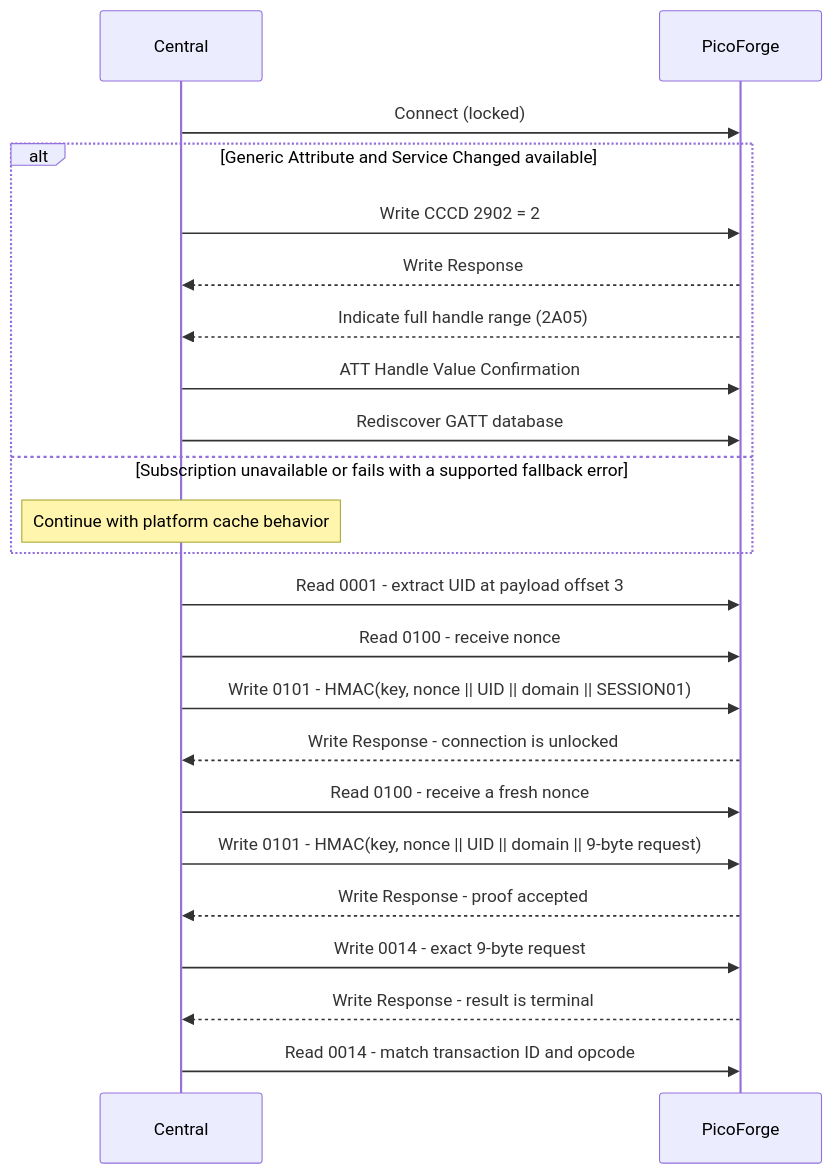
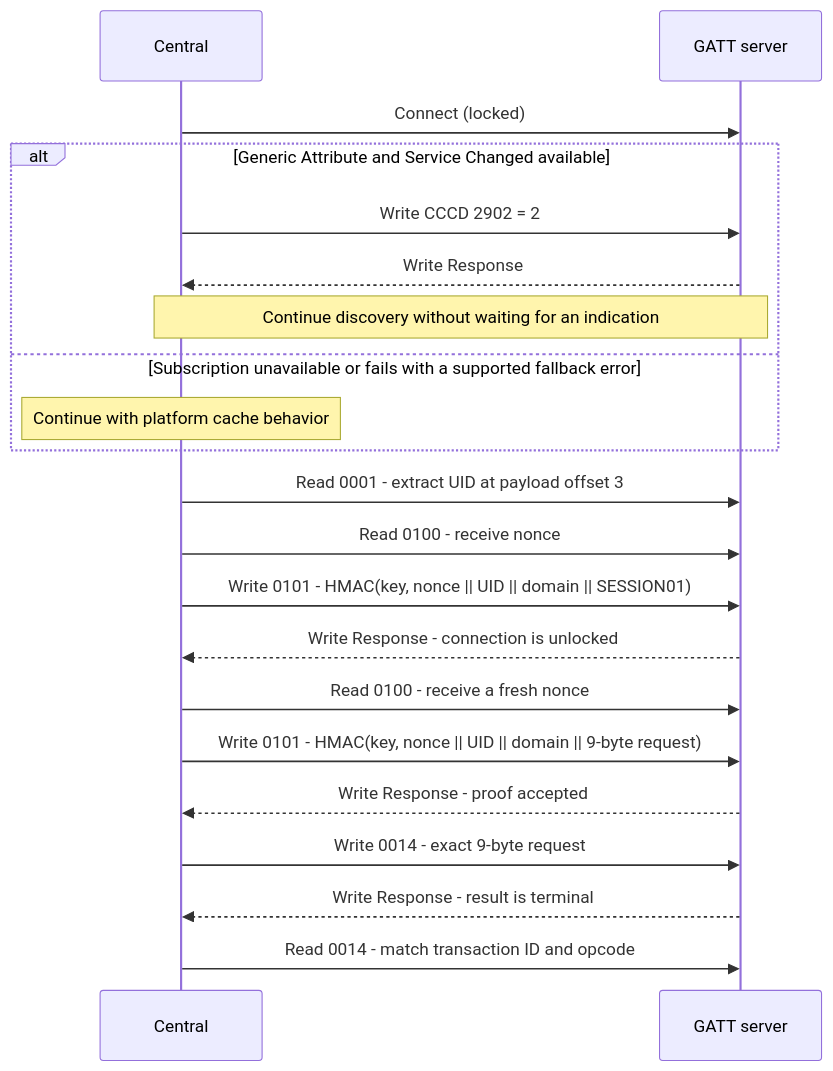
Before and after one commit to djwinter29-oss/ESPForge: the diagram in docs/reference/bluetooth.md, drawn with Mermaid. The commit also changed other lines of this file and 78 other files, not shown here.

````diff
--- a/docs/reference/bluetooth.md
+++ b/docs/reference/bluetooth.md
@@ -220,25 +227,23 @@
 ```mermaid
 sequenceDiagram
     participant C as Central
-    participant P as PicoForge
+    participant P as GATT server
     C->>P: Connect (locked)
     alt Generic Attribute and Service Changed available
         C->>P: Write CCCD 2902 = 2
         P-->>C: Write Response
-        P-->>C: Indicate full handle range (2A05)
-        C->>P: ATT Handle Value Confirmation
-        C->>P: Rediscover GATT database
+        Note over C,P: Continue discovery without waiting for an indication
     else Subscription unavailable or fails with a supported fallback error
         Note over C: Continue with platform cache behavior
     end
     C->>P: Read 0001 - extract UID at payload offset 3
     C->>P: Read 0100 - receive nonce
     C->>P: Write 0101 - HMAC(key, nonce || UID || domain || SESSION01)
     P-->>C: Write Response - connection is unlocked
     C->>P: Read 0100 - receive a fresh nonce
     C->>P: Write 0101 - HMAC(key, nonce || UID || domain || 9-byte request)
     P-->>C: Write Response - proof accepted
     C->>P: Write 0014 - exact 9-byte request
     P-->>C: Write Response - result is terminal
     C->>P: Read 0014 - match transaction ID and opcode
 ```
````
